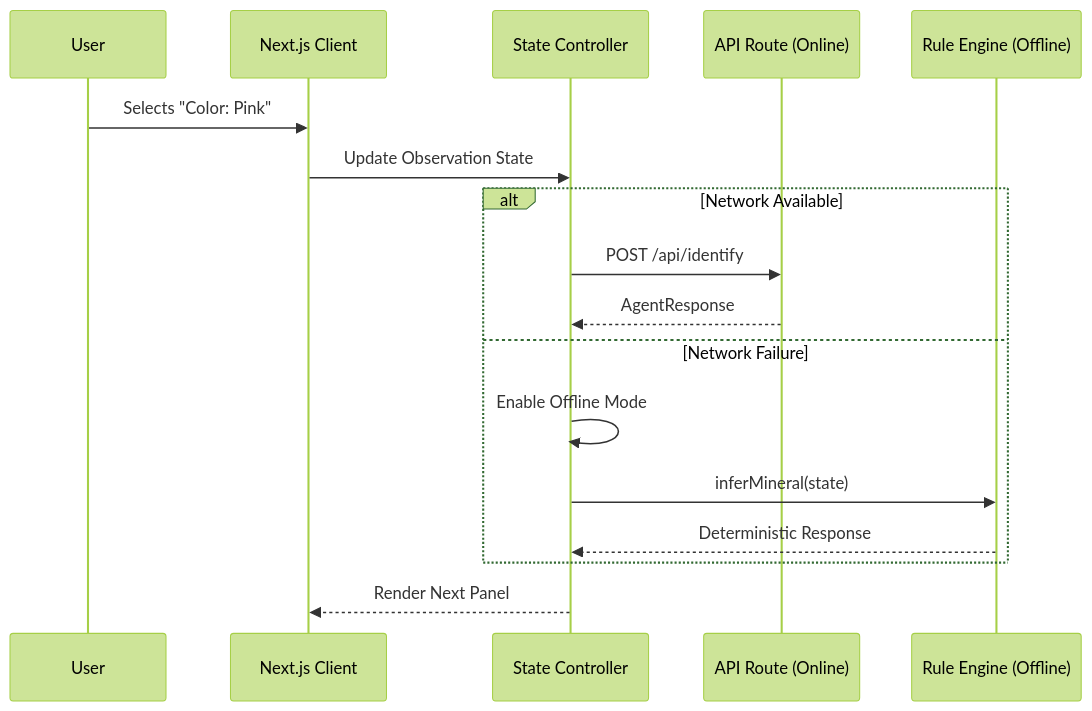
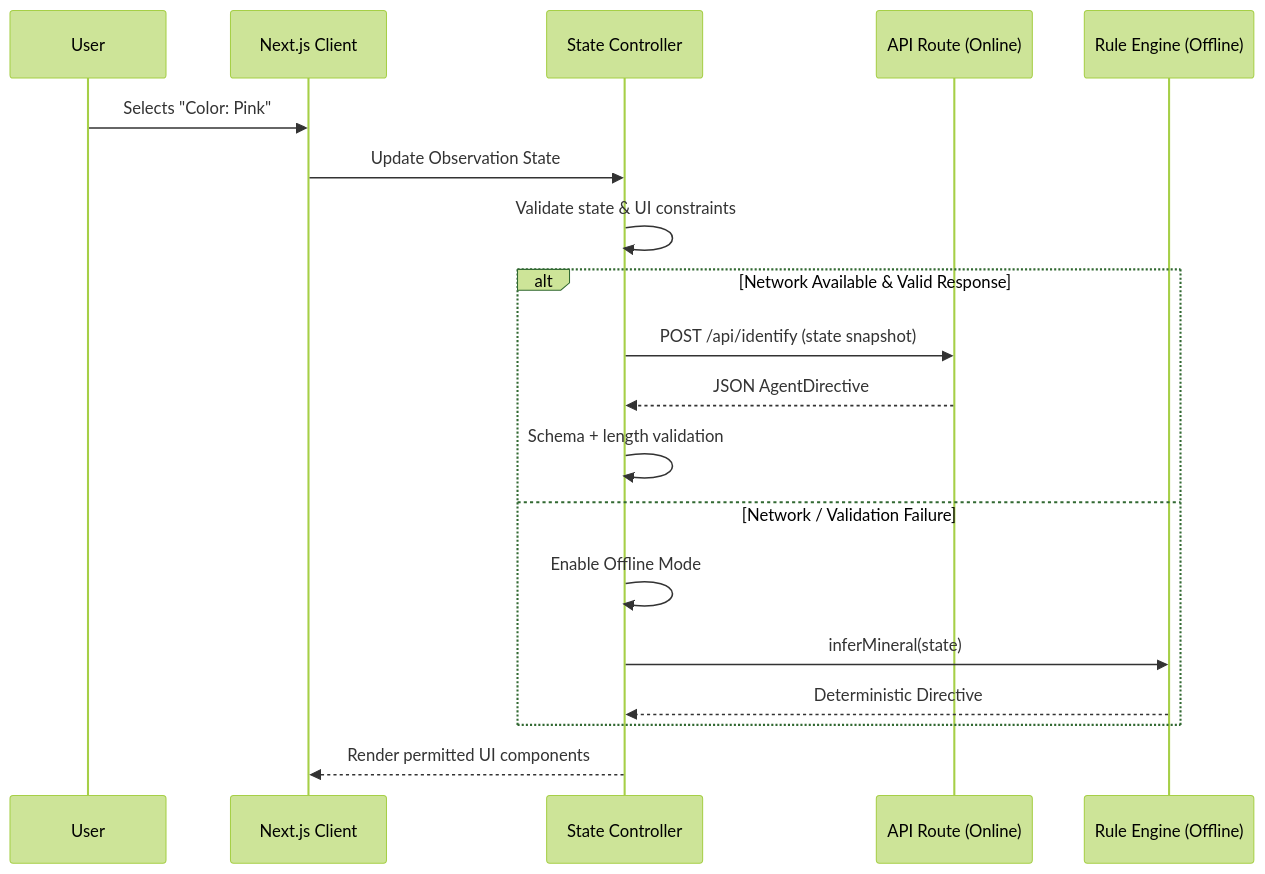
Before and after one commit to Ernest-22/geoscout-assessment: the first of 2 diagrams in README.md, drawn with Mermaid (forest theme). The commit also changed other lines of this file, not shown here.

Commit message:
Final Documentation: Added diagrams, architecture details, and screenshots

````diff
--- a/README.md
+++ b/README.md
@@ -175,23 +184,27 @@
 ```mermaid
 sequenceDiagram
     participant User
     participant UI as Next.js Client
     participant Controller as State Controller
     participant LLM as API Route (Online)
     participant Local as Rule Engine (Offline)
 
     User->>UI: Selects "Color: Pink"
     UI->>Controller: Update Observation State
-    
-    alt Network Available
-        Controller->>LLM: POST /api/identify
-        LLM-->>Controller: AgentResponse
-    else Network Failure
+
+    Controller->>Controller: Validate state & UI constraints
+
+    alt Network Available & Valid Response
+        Controller->>LLM: POST /api/identify (state snapshot)
+        LLM-->>Controller: JSON AgentDirective
+        Controller->>Controller: Schema + length validation
+    else Network / Validation Failure
         Controller->>Controller: Enable Offline Mode
         Controller->>Local: inferMineral(state)
-        Local-->>Controller: Deterministic Response
+        Local-->>Controller: Deterministic Directive
     end
 
-    Controller-->>UI: Render Next Panel
+    Controller-->>UI: Render permitted UI components
+
     
 ```
````
